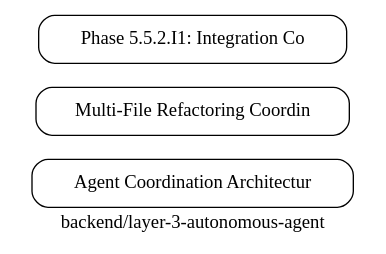
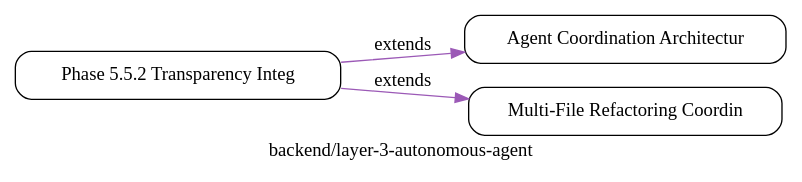
The diagram in doc/.graphs/backend_layer-3-autonomous-agent.dot (uvlightdrops/kicli-code-assist), drawn with Graphviz before and after one commit. The commit also changed 7 other files, not shown here.

First line of the commit message:
Regenerate doc graphs with Layer 1/2/3 relations

```diff
--- a/doc/.graphs/backend_layer-3-autonomous-agent.dot
+++ b/doc/.graphs/backend_layer-3-autonomous-agent.dot
@@ -1,10 +1,12 @@
 digraph "Doc Graph" {
   rankdir=LR;
   node [shape=box, style=rounded];
   label="backend/layer-3-autonomous-agent";
   
   "AGENT_COORDINATION_ARCHITECTURE" [label="Agent Coordination Architectur"];
   "MULTIFILE_REFACTORING_ARCHITECTURE" [label="Multi-File Refactoring Coordin"];
-  "TRANSPARENCY_INTEGRATION_ARCHITECTURE" [label="Phase 5.5.2.I1: Integration Co"];
+  "TRANSPARENCY_INTEGRATION_ARCHITECTURE" [label="Phase 5.5.2 Transparency Integ"];
   
+  "TRANSPARENCY_INTEGRATION_ARCHITECTURE" -> "AGENT_COORDINATION_ARCHITECTURE" [label="extends", color="#9b59b6"];
+  "TRANSPARENCY_INTEGRATION_ARCHITECTURE" -> "MULTIFILE_REFACTORING_ARCHITECTURE" [label="extends", color="#9b59b6"];
 }
```
